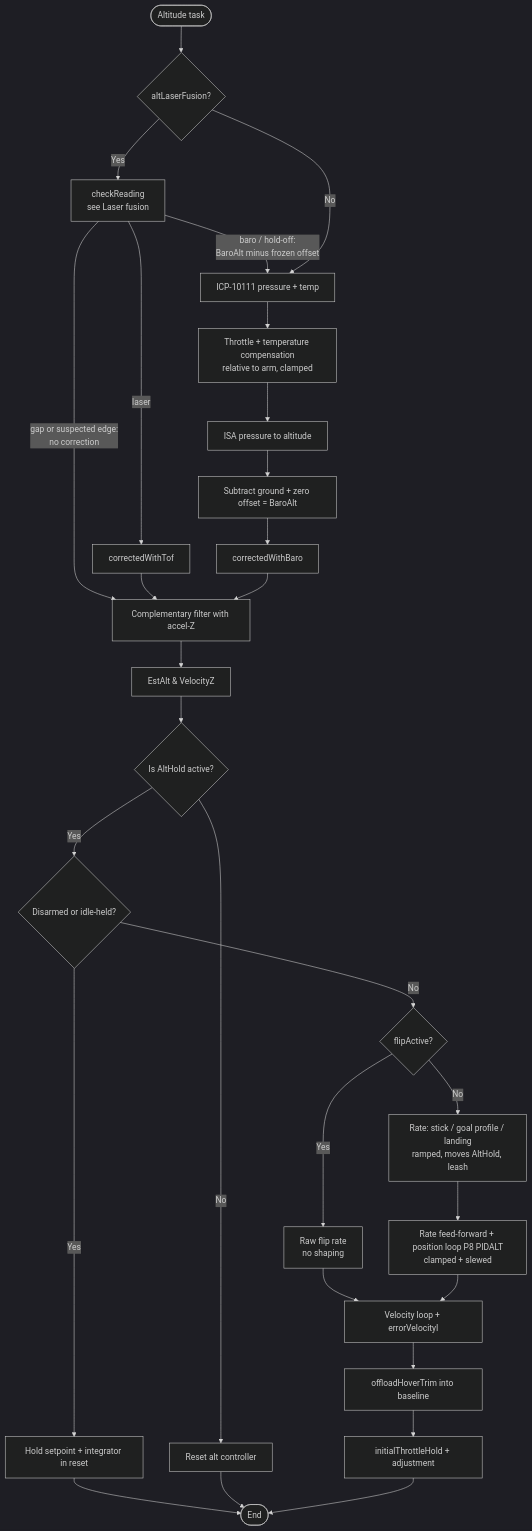
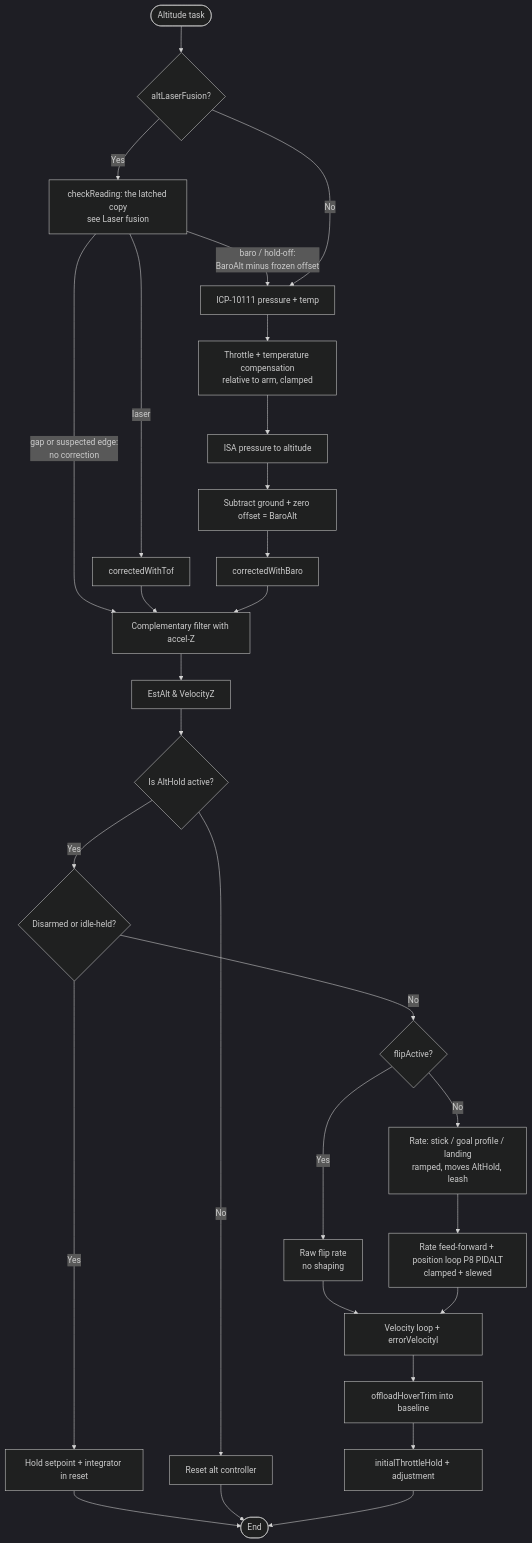
One commit to DronaAviation/MagisV2 changed the fourth of 4 diagrams in docs/fw-development-reference/fw-architecture-pipeline/subsystems/Altitude_Hold_Estimator.md. Above: the diagram before and after it, drawn with Mermaid (dark theme). The commit also changed other lines of this file and 51 other files, not shown here.

````diff
--- a/docs/fw-development-reference/fw-architecture-pipeline/subsystems/Altitude_Hold_Estimator.md
+++ b/docs/fw-development-reference/fw-architecture-pipeline/subsystems/Altitude_Hold_Estimator.md
@@ -476,33 +519,33 @@
 ```mermaid
 flowchart TD
     Start([Altitude task]) --> Src{altLaserFusion?}
-    Src -- Yes --> LF[checkReading<br/>see Laser fusion]
+    Src -- Yes --> LF[checkReading: the latched copy<br/>see Laser fusion]
     LF -- laser --> ToF[correctedWithTof]
     LF -- baro / hold-off:<br/>BaroAlt minus frozen offset --> Baro
     LF -- gap or suspected edge:<br/>no correction --> CF
     Src -- No --> Baro[ICP-10111 pressure + temp]
     Baro --> Comp[Throttle + temperature compensation<br/>relative to arm, clamped]
     Comp --> Conv[ISA pressure to altitude]
     Conv --> Zero[Subtract ground + zero offset = BaroAlt]
     Zero --> CorrB[correctedWithBaro]
 
     ToF --> CF[Complementary filter with accel-Z]
     CorrB --> CF
     CF --> EstAlt[EstAlt & VelocityZ]
     EstAlt --> CheckMode{Is AltHold active?}
 
     CheckMode -- No --> Reset[Reset alt controller]
     CheckMode -- Yes --> Ground{Disarmed or idle-held?}
     Ground -- Yes --> GReset[Hold setpoint + integrator in reset]
     Ground -- No --> Flip{flipActive?}
     Flip -- Yes --> FlipV[Raw flip rate<br/>no shaping] --> VelLoop
     Flip -- No --> Target[Rate: stick / goal profile / landing<br/>ramped, moves AltHold, leash]
     Target --> PosLoop[Rate feed-forward + position loop P8 PIDALT<br/>clamped + slewed]
     PosLoop --> VelLoop[Velocity loop + errorVelocityI]
     GReset --> End
     VelLoop --> Offload[offloadHoverTrim into baseline]
     Offload --> Mix[initialThrottleHold + adjustment]
 
     Reset --> End([End])
     Mix --> End
 ```
````
